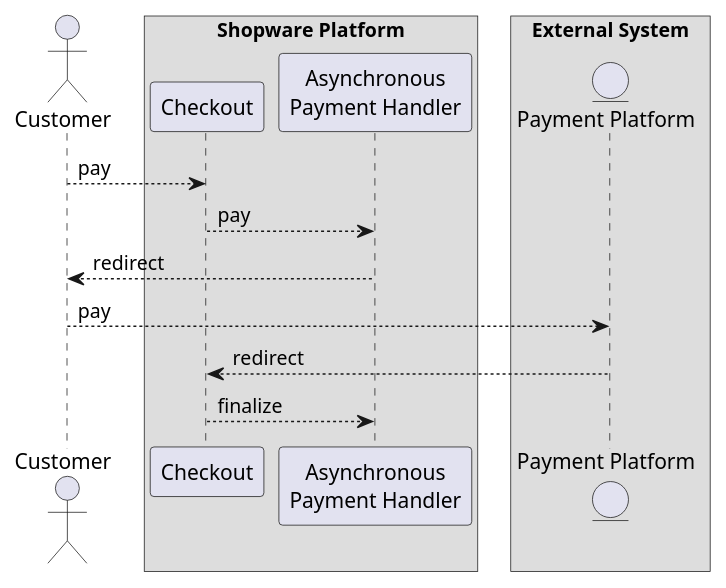
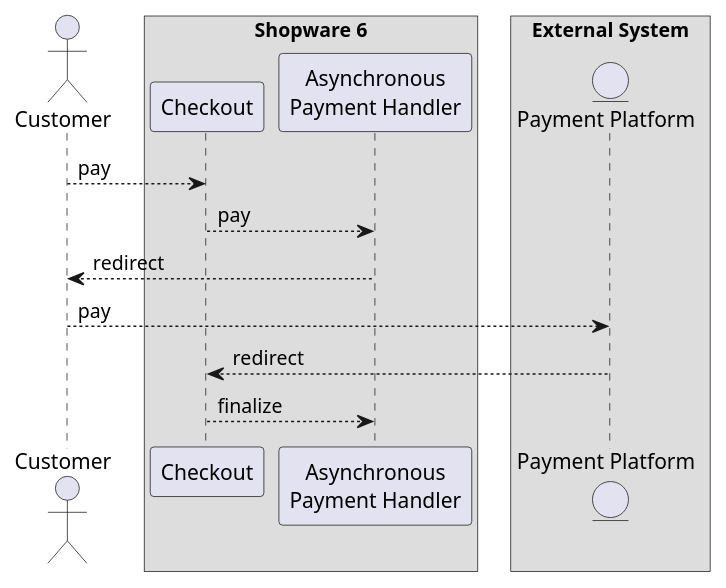
One commit to shopware/shopware changed the diagram in src/Docs/_new/2-internals/1-core/50-checkout-process/_puml/payment-async.puml. Above: the diagram before and after it, drawn with PlantUML. The commit also changed 88 other files, not shown here.

Commit message:
NTR - Change Shopware platform into Shopware 6

```diff
--- a/src/Docs/_new/2-internals/1-core/50-checkout-process/_puml/payment-async.puml
+++ b/src/Docs/_new/2-internals/1-core/50-checkout-process/_puml/payment-async.puml
@@ -1,24 +1,24 @@
 @startuml
 
 skinparam BoxPadding 10
 
 
 actor "Customer" as customer
 
-box "Shopware Platform"
+box "Shopware 6"
     participant "Checkout"  as checkout
     participant "Asynchronous\nPayment Handler"  as synchronous_payment_handler
 end box
 
 box "External System"
     entity "Payment Platform" as payment_platform
 end box
 
 
 customer --> checkout : pay
 checkout --> synchronous_payment_handler : pay
 synchronous_payment_handler --> customer : redirect
 customer --> payment_platform : pay
 payment_platform --> checkout : redirect
 checkout --> synchronous_payment_handler : finalize
 @enduml
```
